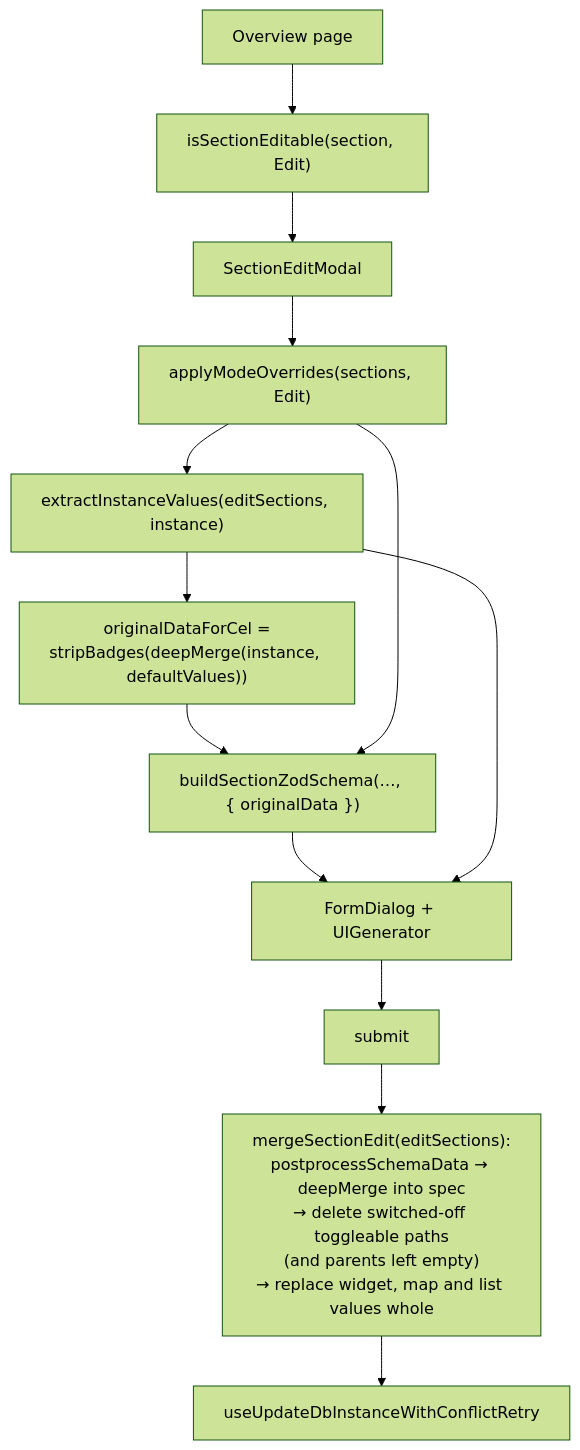
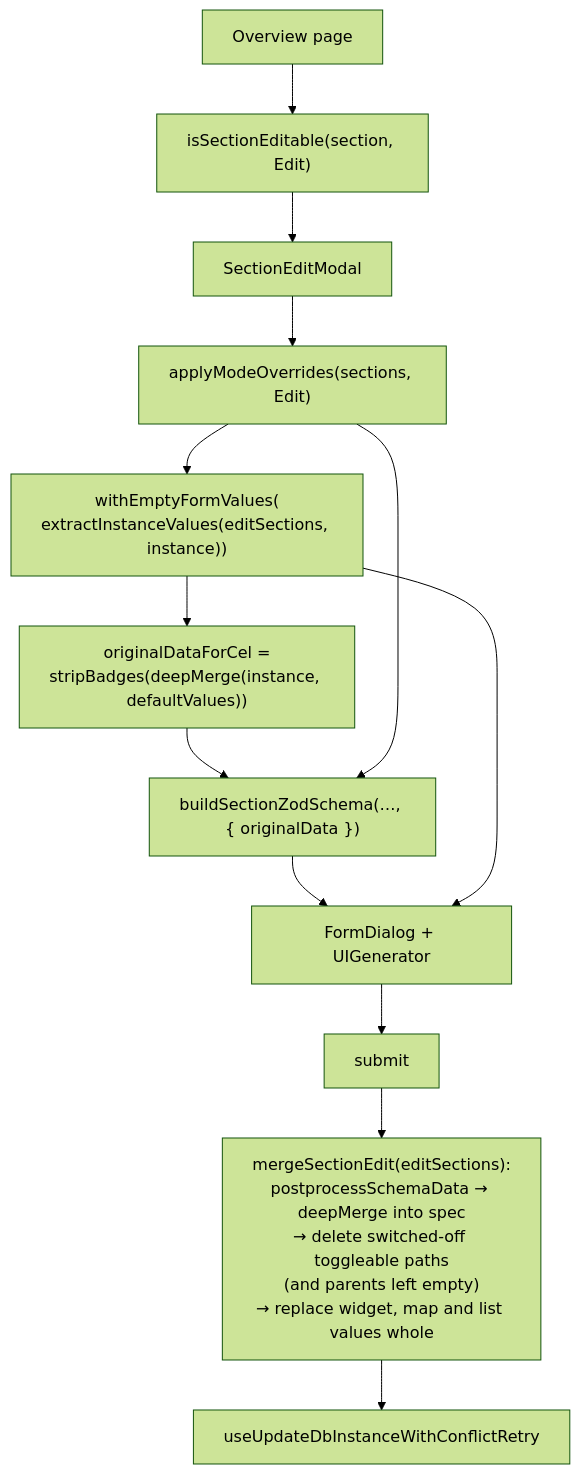
Before and after one commit to openeverest/openeverest: the third of 3 diagrams in docs/ui/architecture/ui-generator/pipeline.md, drawn with Mermaid (forest theme). The commit also changed other lines of this file and 43 other files, not shown here.

````diff
--- a/docs/ui/architecture/ui-generator/pipeline.md
+++ b/docs/ui/architecture/ui-generator/pipeline.md
@@ -342,15 +376,15 @@
 ```mermaid
 flowchart TD
   OVERVIEW["Overview page"] --> EDITABLE["isSectionEditable(section, Edit)"]
   EDITABLE --> MODAL["SectionEditModal"]
   MODAL --> MODE["applyModeOverrides(sections, Edit)"]
-  MODE --> VALUES["extractInstanceValues(editSections, instance)"]
+  MODE --> VALUES["withEmptyFormValues(<br/>extractInstanceValues(editSections, instance))"]
   VALUES --> ORIGINAL["originalDataForCel =<br/>stripBadges(deepMerge(instance, defaultValues))"]
   ORIGINAL --> ZOD_EDIT["buildSectionZodSchema(…, { originalData })"]
   MODE --> ZOD_EDIT
   ZOD_EDIT --> FORM["FormDialog + UIGenerator"]
   VALUES --> FORM
   FORM --> SUBMIT["submit"]
   SUBMIT --> MERGE["mergeSectionEdit(editSections):<br/>postprocessSchemaData → deepMerge into spec<br/>→ delete switched-off toggleable paths<br/>(and parents left empty)<br/>→ replace widget, map and list values whole"]
   MERGE --> UPDATE["useUpdateDbInstanceWithConflictRetry"]
 ```
````
